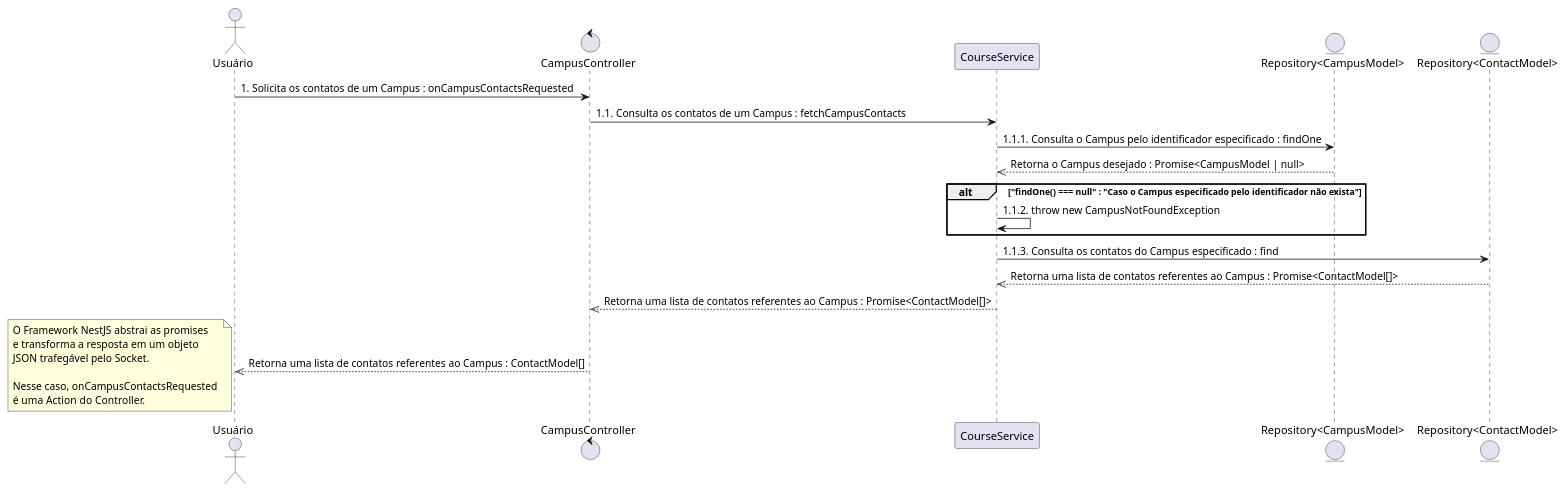
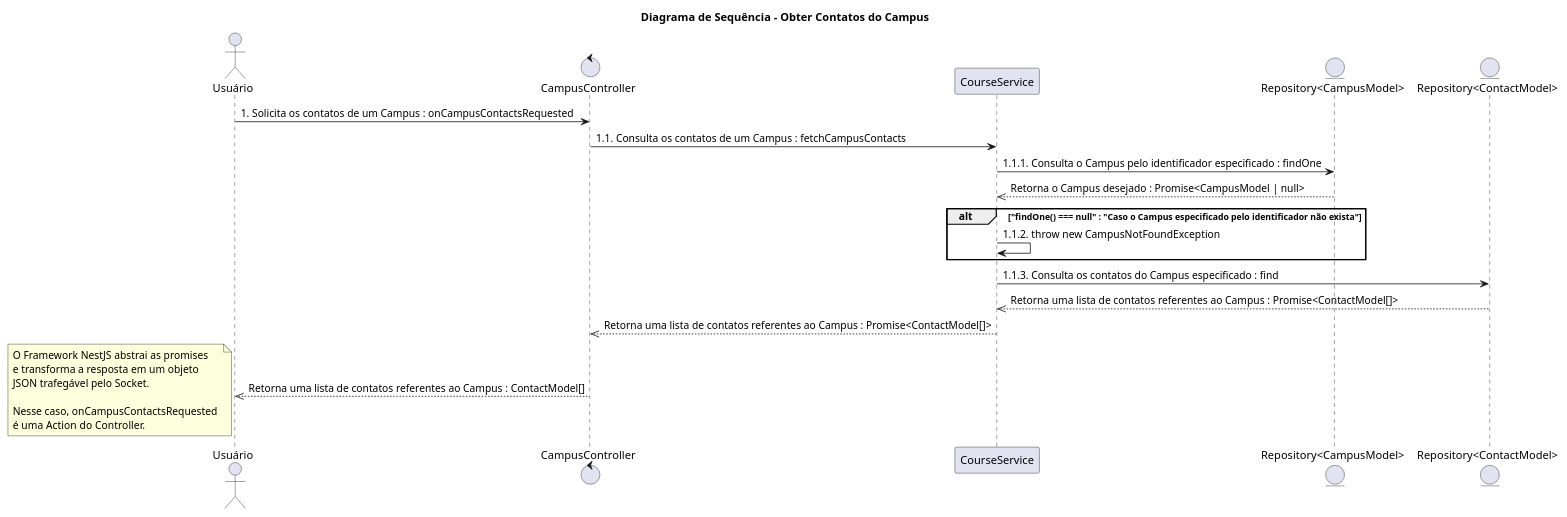
One commit to MurylloEx/Seja-UPE-Docs changed the diagram in src/C1. Visão Geral/C2. Sistema/C3. Endpoints RESTful (Server)/C4. Visão de Processo/[PUML] Sequência - Obter Contatos do Campus.puml. Above: the diagram before and after it, drawn with PlantUML. The commit also changed 14 other files, not shown here.

```diff
--- a/src/C1. Visão Geral/C2. Sistema/C3. Endpoints RESTful (Server)/C4. Visão de Processo/[PUML] Sequência - Obter Contatos do Campus.puml
+++ b/src/C1. Visão Geral/C2. Sistema/C3. Endpoints RESTful (Server)/C4. Visão de Processo/[PUML] Sequência - Obter Contatos do Campus.puml
@@ -2,29 +1,31 @@
 @startuml "Sequence Diagram"
+
+title "Diagrama de Sequência - Obter Contatos do Campus"
 
 actor "Usuário"                   as USER
 control "CampusController"        as CAMPUS_CONTROLLER
 participant "CourseService"       as COURSE_SERVICE
 entity "Repository<CampusModel>"  as CAMPUS_REPOSITORY
 entity "Repository<ContactModel>" as CONTACT_REPOSITORY
 
 USER -> CAMPUS_CONTROLLER : 1. Solicita os contatos de um Campus : onCampusContactsRequested
 CAMPUS_CONTROLLER -> COURSE_SERVICE : 1.1. Consulta os contatos de um Campus : fetchCampusContacts
 COURSE_SERVICE -> CAMPUS_REPOSITORY : 1.1.1. Consulta o Campus pelo identificador especificado : findOne
 CAMPUS_REPOSITORY -->> COURSE_SERVICE : Retorna o Campus desejado : Promise<CampusModel | null>
 alt "findOne() === null" : "Caso o Campus especificado pelo identificador não exista"
   COURSE_SERVICE -> COURSE_SERVICE : 1.1.2. throw new CampusNotFoundException
 end
 COURSE_SERVICE -> CONTACT_REPOSITORY : 1.1.3. Consulta os contatos do Campus especificado : find
 CONTACT_REPOSITORY -->> COURSE_SERVICE : Retorna uma lista de contatos referentes ao Campus : Promise<ContactModel[]>
 COURSE_SERVICE -->> CAMPUS_CONTROLLER : Retorna uma lista de contatos referentes ao Campus : Promise<ContactModel[]>
 CAMPUS_CONTROLLER -->> USER : Retorna uma lista de contatos referentes ao Campus : ContactModel[]
 note left
   O Framework NestJS abstrai as promises 
   e transforma a resposta em um objeto 
   JSON trafegável pelo Socket. 
 
   Nesse caso, onCampusContactsRequested 
   é uma Action do Controller.
 end note
 
 @enduml
```
